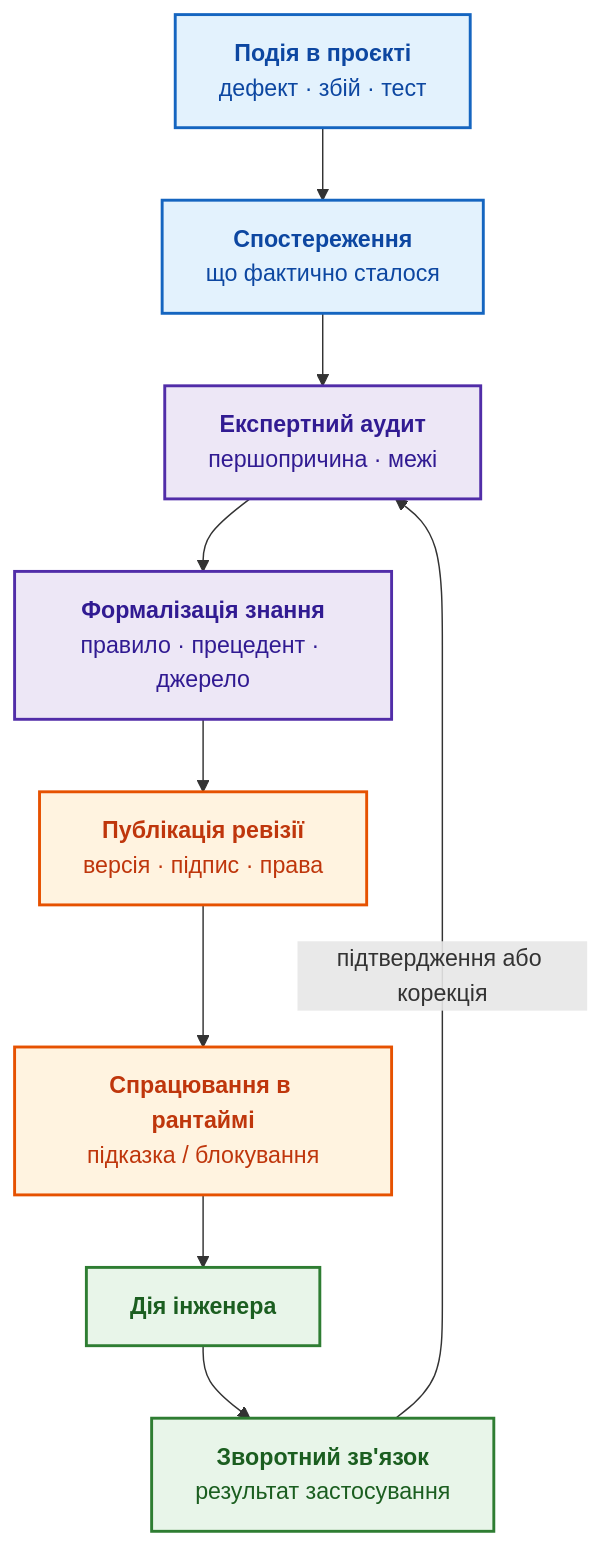
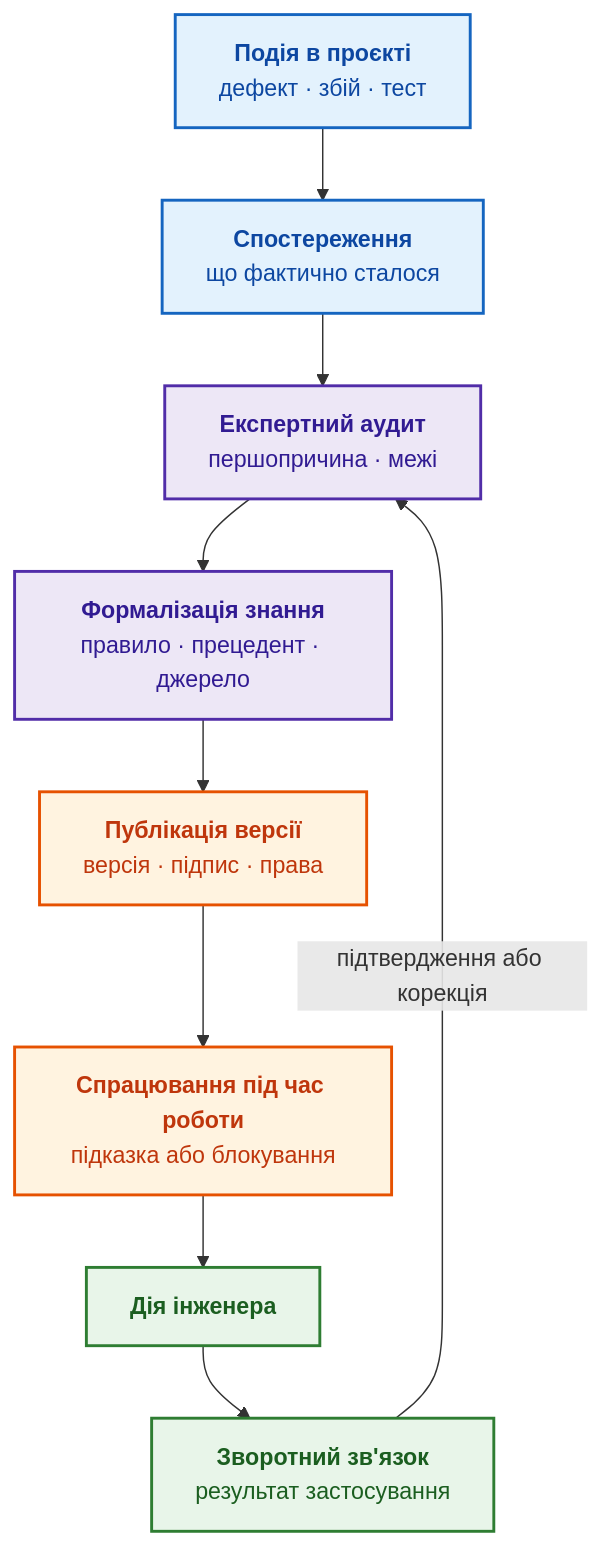
One commit to nick-fedchik/articles changed the fourth of 4 diagrams in ExpertSystem/ch05-triad-of-trust-and-corporate-memory.md. Above: the diagram before and after it, drawn with Mermaid. The commit also changed other lines of this file, not shown here.

````diff
--- a/ExpertSystem/ch05-triad-of-trust-and-corporate-memory.md
+++ b/ExpertSystem/ch05-triad-of-trust-and-corporate-memory.md
@@ -451,24 +385,24 @@
 ```mermaid
 flowchart TD
     accTitle: Як досвід перетворюється на активне знання
-    accDescr: Подія породжує спостереження, експерт перевіряє причину й межі, знання публікується з версією, спрацьовує в подібній ситуації та оновлюється за результатом застосування.
+    accDescr: Подія породжує спостереження, експерт перевіряє першопричину й межі, знання публікується з версією, спрацьовує в подібній ситуації й оновлюється за результатом застосування.
 
     E["<b>Подія в проєкті</b><br/>дефект · збій · тест"] --> O["<b>Спостереження</b><br/>що фактично сталося"]
     O --> V["<b>Експертний аудит</b><br/>першопричина · межі"]
     V --> K["<b>Формалізація знання</b><br/>правило · прецедент · джерело"]
-    K --> P["<b>Публікація ревізії</b><br/>версія · підпис · права"]
-    P --> T["<b>Спрацювання в рантаймі</b><br/>підказка / блокування"]
+    K --> P["<b>Публікація версії</b><br/>версія · підпис · права"]
+    P --> T["<b>Спрацювання під час роботи</b><br/>підказка або блокування"]
     T --> A["<b>Дія інженера</b>"]
     A --> F["<b>Зворотний зв'язок</b><br/>результат застосування"]
     F -->|"підтвердження або корекція"| V
 
     classDef ev fill:#e3f2fd,stroke:#1565c0,stroke-width:2px,color:#0d47a1;
     classDef rev fill:#ede7f6,stroke:#512da8,stroke-width:2px,color:#311b92;
     classDef rule fill:#fff3e0,stroke:#e65100,stroke-width:2px,color:#bf360c;
     classDef act fill:#e8f5e9,stroke:#2e7d32,stroke-width:2px,color:#1b5e20;
 
     class E,O ev;
     class V,K rev;
     class P,T rule;
     class A,F act;
 ```
````
